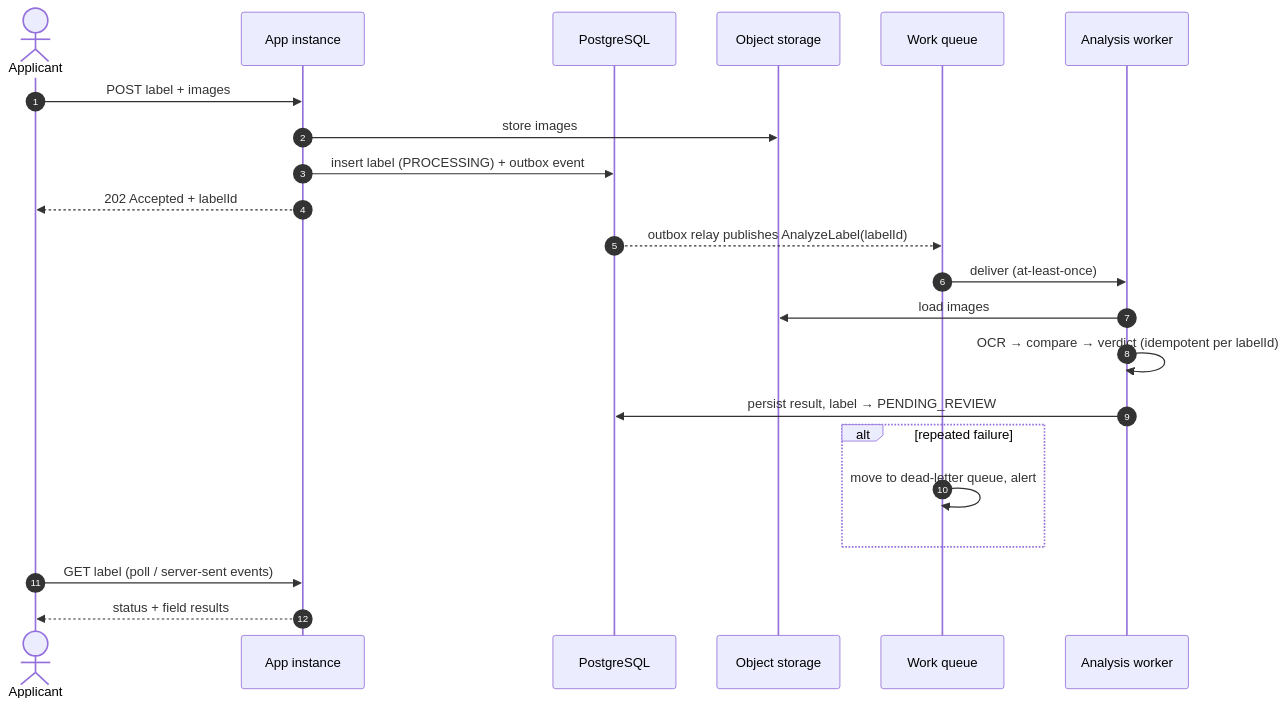
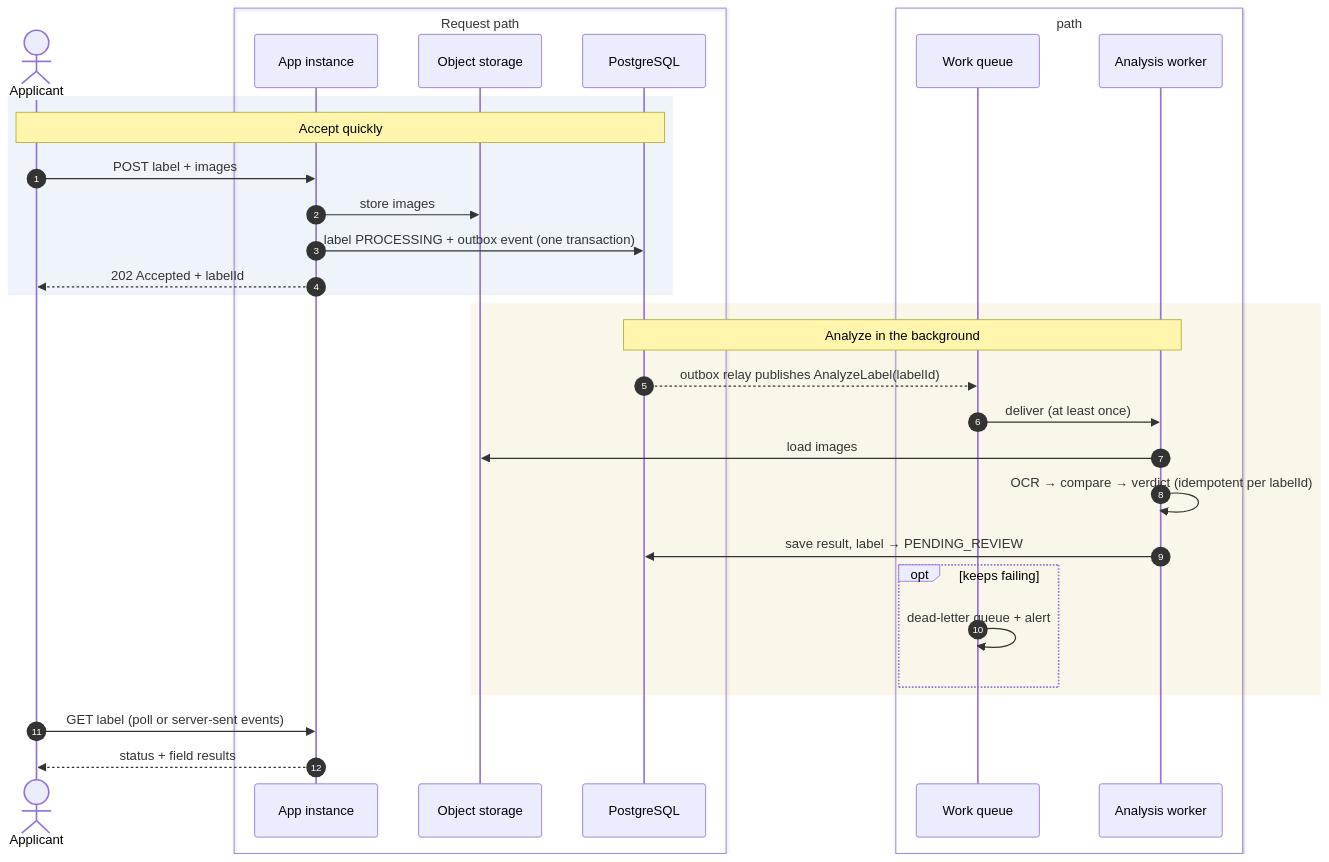
One commit to SarvariVin/ttb-label-verification changed the sixth of 6 diagrams in docs/infrastructure.md. Above: the diagram before and after it, drawn with Mermaid. The commit also changed other lines of this file and 251 other files, not shown here.

````diff
--- a/docs/infrastructure.md
+++ b/docs/infrastructure.md
@@ -234,24 +279,37 @@
 ```mermaid
 sequenceDiagram
     autonumber
     actor A as Applicant
-    participant API as App instance
-    participant DB as PostgreSQL
-    participant OS as Object storage
-    participant Q as Work queue
-    participant W as Analysis worker
+    box Request path
+        participant API as App instance
+        participant OS as Object storage
+        participant DB as PostgreSQL
+    end
+    box Background path
+        participant Q as Work queue
+        participant W as Analysis worker
+    end
+
+    rect rgba(47, 111, 179, 0.08)
+    Note over A,DB: Accept quickly
     A->>API: POST label + images
     API->>OS: store images
-    API->>DB: insert label (PROCESSING) + outbox event
+    API->>DB: label PROCESSING + outbox event (one transaction)
     API-->>A: 202 Accepted + labelId
+    end
+
+    rect rgba(201, 162, 39, 0.10)
+    Note over DB,W: Analyze in the background
     DB-->>Q: outbox relay publishes AnalyzeLabel(labelId)
-    Q->>W: deliver (at-least-once)
+    Q->>W: deliver (at least once)
     W->>OS: load images
     W->>W: OCR → compare → verdict (idempotent per labelId)
-    W->>DB: persist result, label → PENDING_REVIEW
-    alt repeated failure
-        Q->>Q: move to dead-letter queue, alert
+    W->>DB: save result, label → PENDING_REVIEW
+    opt keeps failing
+        Q->>Q: dead-letter queue + alert
     end
-    A->>API: GET label (poll / server-sent events)
+    end
+
+    A->>API: GET label (poll or server-sent events)
     API-->>A: status + field results
 ```
````
